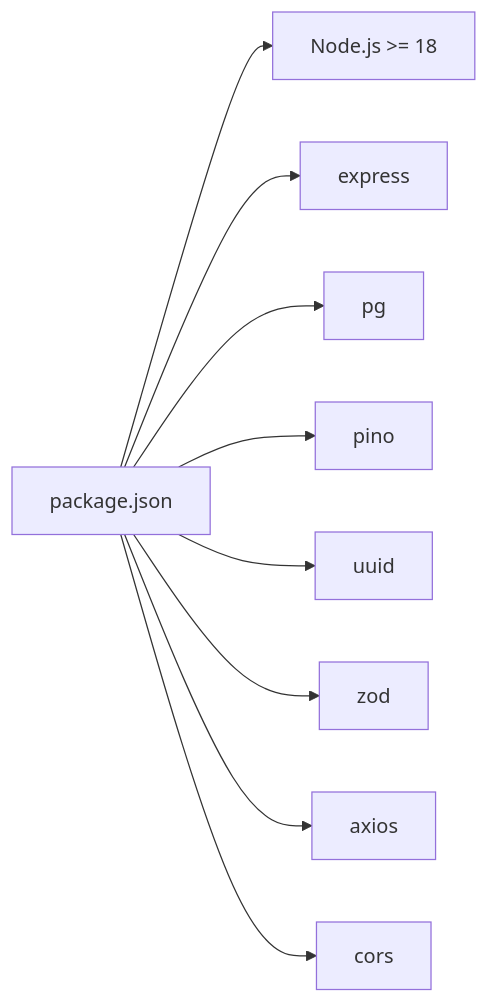
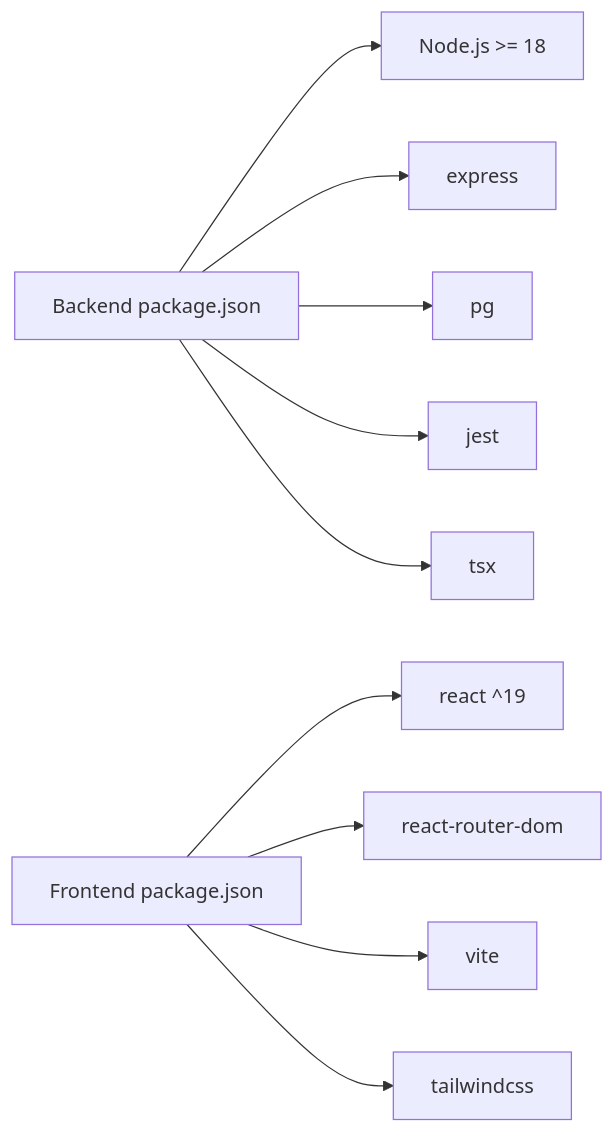
Before and after one commit to vishnusaibhosekar/ares: the ninth of 9 diagrams in .qoder/repowiki/en/content/Getting Started.md, drawn with Mermaid. The commit also changed other lines of this file and 21 other files, not shown here.

````diff
--- a/.qoder/repowiki/en/content/Getting Started.md
+++ b/.qoder/repowiki/en/content/Getting Started.md
@@ -249,20 +381,23 @@
 ```mermaid
 graph LR
-PKG["package.json"]
+BACKEND_PKG["Backend package.json"]
+FRONTEND_PKG["Frontend package.json"]
 NPM["Node.js >= 18"]
 EXP["express"]
 PG["pg"]
-PINO["pino"]
-UUID["uuid"]
-ZOD["zod"]
-AX["axios"]
-CORS["cors"]
-PKG --> NPM
-PKG --> EXP
-PKG --> PG
-PKG --> PINO
-PKG --> UUID
-PKG --> ZOD
-PKG --> AX
-PKG --> CORS
+REACT["react ^19"]
+ROUTER["react-router-dom"]
+VITE["vite"]
+TAILWIND["tailwindcss"]
+JEST["jest"]
+TSX["tsx"]
+BACKEND_PKG --> NPM
+BACKEND_PKG --> EXP
+BACKEND_PKG --> PG
+FRONTEND_PKG --> REACT
+FRONTEND_PKG --> ROUTER
+FRONTEND_PKG --> VITE
+FRONTEND_PKG --> TAILWIND
+BACKEND_PKG --> JEST
+BACKEND_PKG --> TSX
 ```
````
